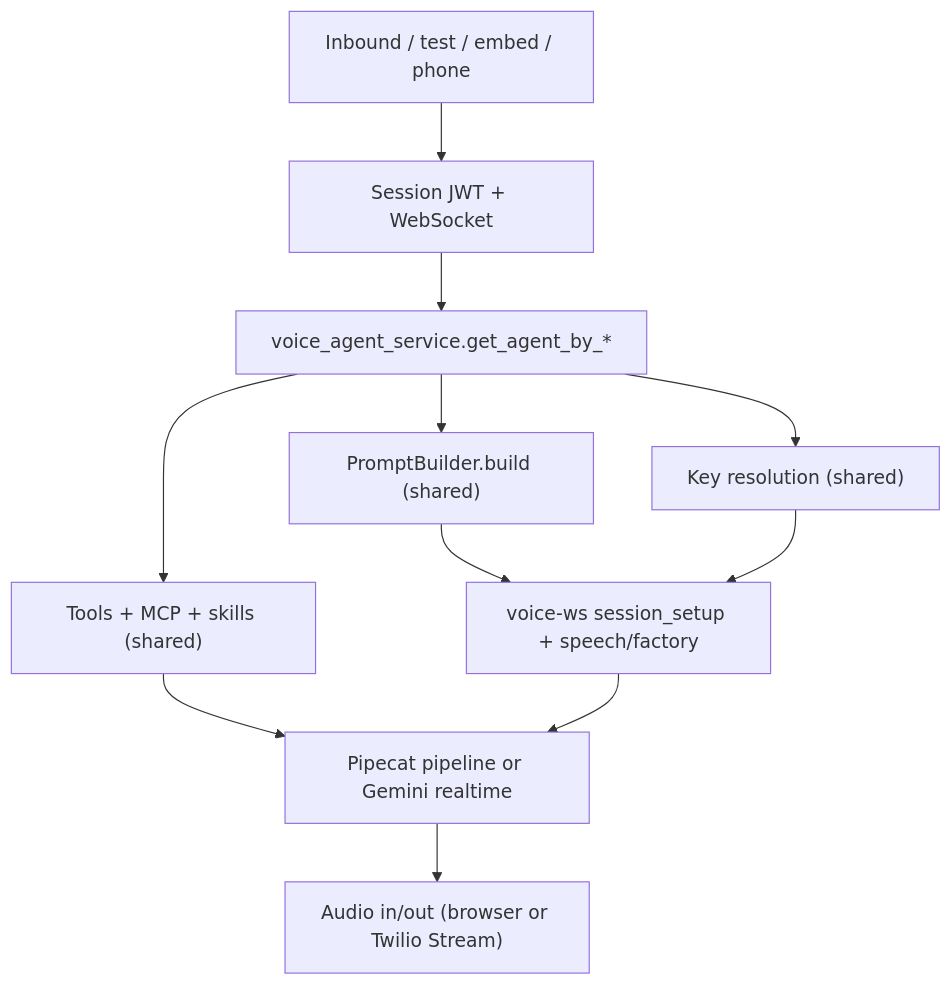
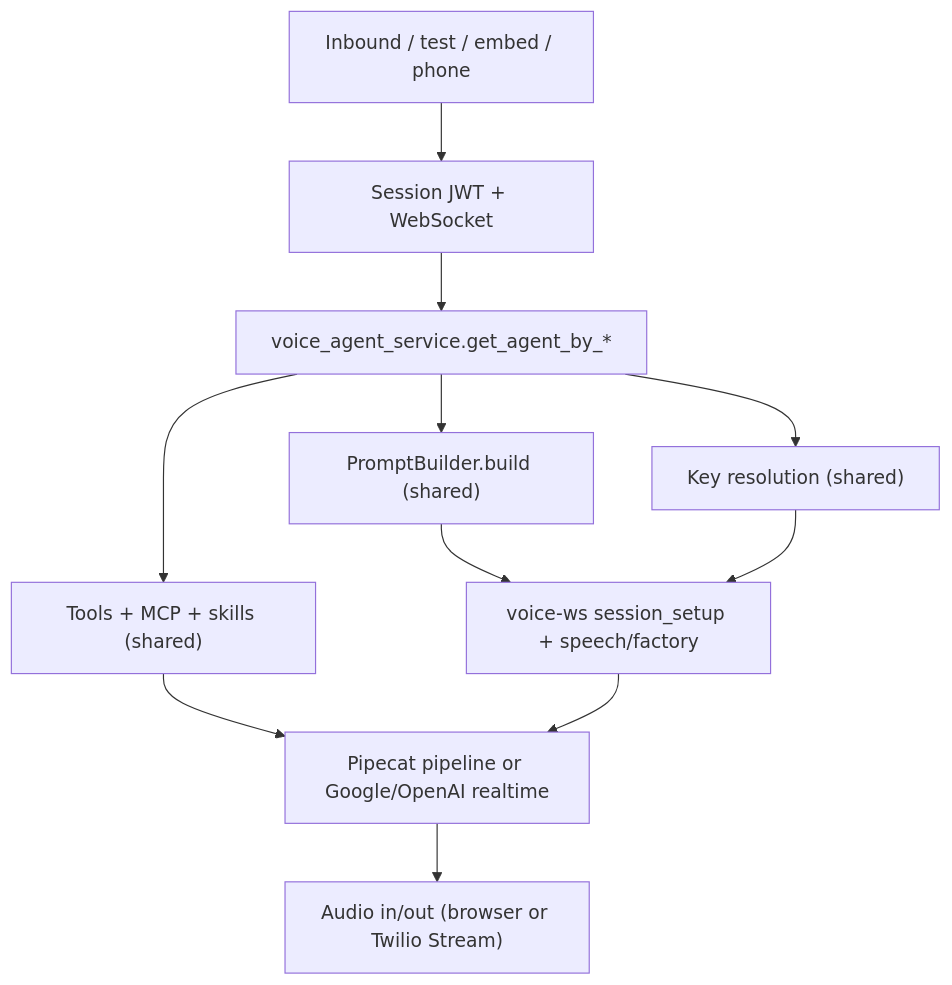
One commit to gauravdhiman/a1-voice-agent-platform changed the diagram in docs/02_core_systems/voice_engine.md. Above: the diagram before and after it, drawn with Mermaid. The commit also changed other lines of this file and 19 other files, not shown here.

Commit message:
Add OpenAI realtime voice preset support

````diff
--- a/docs/02_core_systems/voice_engine.md
+++ b/docs/02_core_systems/voice_engine.md
@@ -31,13 +32,13 @@
 ```mermaid
 flowchart TD
     Call["Inbound / test / embed / phone"] --> Auth["Session JWT + WebSocket"]
     Auth --> Fetch["voice_agent_service.get_agent_by_*"]
     Fetch --> Prompt["PromptBuilder.build (shared)"]
     Fetch --> Keys["Key resolution (shared)"]
     Prompt --> Setup["voice-ws session_setup + speech/factory"]
     Keys --> Setup
     Fetch --> Tools["Tools + MCP + skills (shared)"]
-    Tools --> Agent["Pipecat pipeline or Gemini realtime"]
+    Tools --> Agent["Pipecat pipeline or Google/OpenAI realtime"]
     Setup --> Agent
     Agent --> Start["Audio in/out (browser or Twilio Stream)"]
 ```
````
